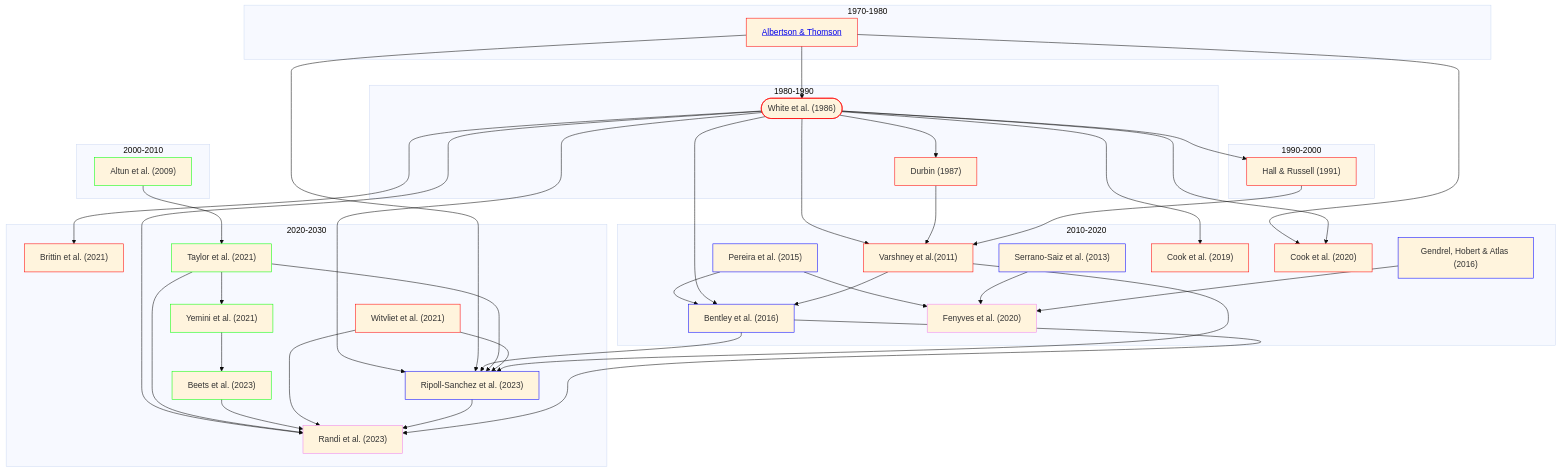
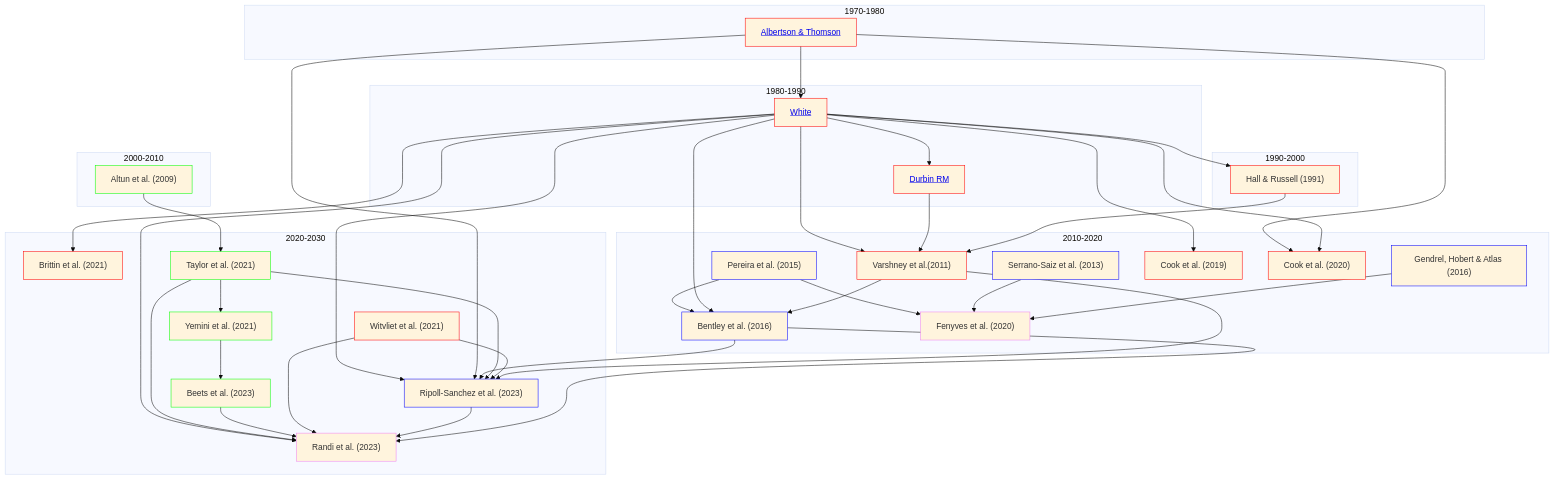
Before and after one commit to yasinthanvickneswaran/mermaidtest: the diagram in README.md, drawn with Mermaid (base theme).

````diff
--- a/README.md
+++ b/README.md
@@ -1,66 +1,66 @@
 ```mermaid
 flowchart TD
     classDef anat stroke:#f00
     classDef gene stroke:#0f0
     classDef es stroke:#00f
     classDef func stroke:#ee82ee
 
 
     subgraph 1970-1980
     A1[<a href='https://github.com/yasinthanvickneswaran/ConnectomeToolbox/blob/main/docs/Albertson_Thompson_1976.md' >Albertson & Thomson</a>]:::anat
     end
     subgraph 1980-1990
-    A & B
+    A[<a href='https://github.com/yasinthanvickneswaran/ConnectomeToolbox/blob/main/docs/White_1986.md' >White</a>]:::anat & B[<a href='https://github.com/yasinthanvickneswaran/ConnectomeToolbox/blob/main/docs/Durbin_1987.md' >Durbin RM</a>]:::anat
     end
     subgraph 1990-2000
     A2
     end
     subgraph 2000-2010
     C
     end
     subgraph 2010-2020
     D & E & E1 & E2 & F & G & H & I
     end
     subgraph 2020-2030
     J & K & L & M & N & P & NP
     end     
 
 
     E --> H["Fenyves et al. (2020)"]:::func
     E1["Serrano-Saiz et al. (2013)"]:::es --> H
     E2["Gendrel, Hobert & Atlas (2016)"]:::es --> H
     K["Witvliet et al. (2021)"]:::anat
     E["Pereira et al. (2015)"]:::es --> F["Bentley et al. (2016)"]:::es
 
     C["Altun et al. (2009)"]:::gene --> L["Taylor et al. (2021)"]:::gene
     L --> M["Yemini et al. (2021)"]:::gene
     M --> N["Beets et al. (2023)"]:::gene
 
-    A(["White et al. (1986)"]):::anat --> B["Durbin (1987)"]:::anat
+    A --> B
     A1 --> A
     A1 --> I
     A  --> A2["Hall & Russell (1991)"]:::anat
     A --> D["Varshney et al.(2011)"]:::anat
     B --> D
     A2 --> D
     A --> G["Cook et al. (2019)"]:::anat
     A --> I["Cook et al. (2020)"]:::anat
     A --> J["Brittin et al. (2021)"]:::anat
     A --> F
     D --> F
     A --> NP["Ripoll-Sanchez et al. (2023)"]:::es
     A1 --> NP
     F --> NP
     L --> NP
     K --> NP
     D --> NP
     A --> P["Randi et al. (2023)"]:::func
     L --> P
     N --> P
     K --> P
     NP --> P
     F --> P
 
     
     
 ```
````
